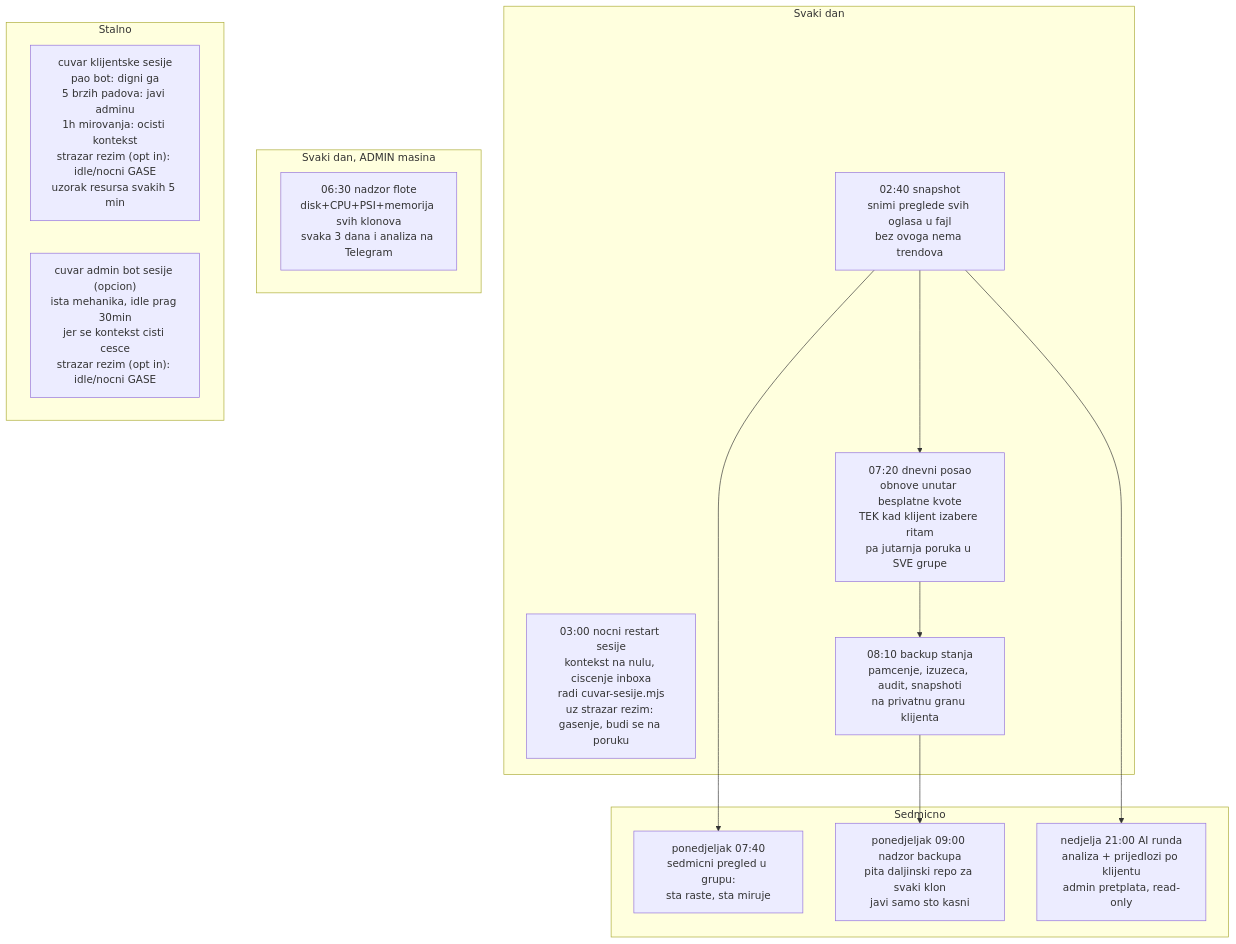
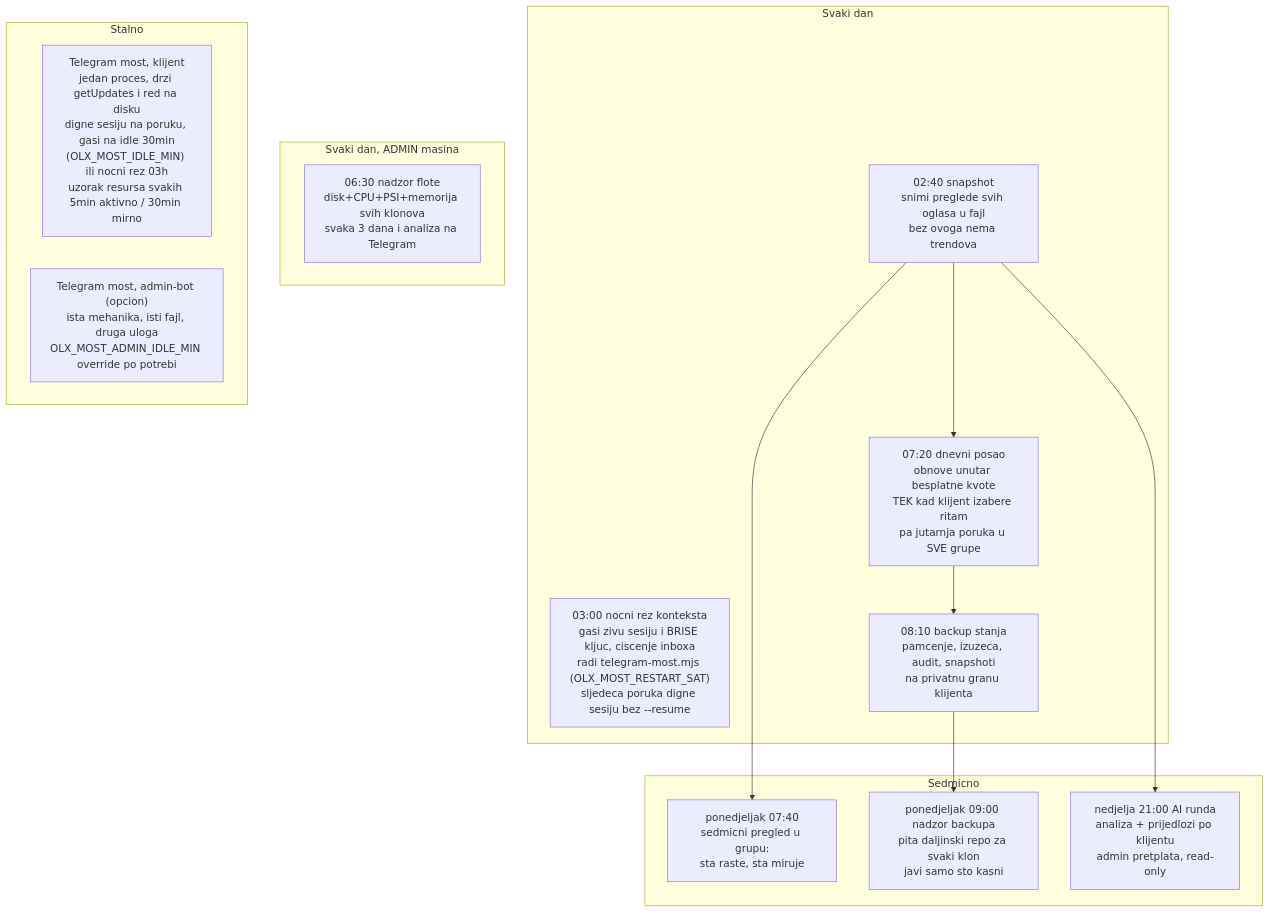
One commit to mob-dev-org/olx-mcp-api changed the third of 8 diagrams in olx-dokumentacija/arhitektura.md. Above: the diagram before and after it, drawn with Mermaid. The commit also changed other lines of this file and 34 other files, not shown here.

First line of the commit message:
Penzionisan cuvar-sesije.mjs: most je jedini pogon

````diff
--- a/olx-dokumentacija/arhitektura.md
+++ b/olx-dokumentacija/arhitektura.md
@@ -101,27 +101,27 @@
 ```mermaid
 flowchart TB
     subgraph dan["Svaki dan"]
         s1["02:40 snapshot<br/>snimi preglede svih oglasa u fajl<br/>bez ovoga nema trendova"]
-        s2["03:00 nocni restart sesije<br/>kontekst na nulu, ciscenje inboxa<br/>radi cuvar-sesije.mjs<br/>uz strazar rezim: gasenje, budi se na poruku"]
+        s2["03:00 nocni rez konteksta<br/>gasi zivu sesiju i BRISE kljuc, ciscenje inboxa<br/>radi telegram-most.mjs (OLX_MOST_RESTART_SAT)<br/>sljedeca poruka digne sesiju bez --resume"]
         s3["07:20 dnevni posao<br/>obnove unutar besplatne kvote<br/>TEK kad klijent izabere ritam<br/>pa jutarnja poruka u SVE grupe"]
         s8["08:10 backup stanja<br/>pamcenje, izuzeca, audit, snapshoti<br/>na privatnu granu klijenta"]
     end
     subgraph danAdmin["Svaki dan, ADMIN masina"]
         s10["06:30 nadzor flote<br/>disk+CPU+PSI+memorija svih klonova<br/>svaka 3 dana i analiza na Telegram"]
     end
     subgraph sedmica["Sedmicno"]
         s4["ponedjeljak 07:40<br/>sedmicni pregled u grupu:<br/>sta raste, sta miruje"]
         s9["ponedjeljak 09:00 nadzor backupa<br/>pita daljinski repo za svaki klon<br/>javi samo sto kasni"]
         s5["nedjelja 21:00 AI runda<br/>analiza + prijedlozi po klijentu<br/>admin pretplata, read-only"]
     end
     subgraph stalno["Stalno"]
-        s6["cuvar klijentske sesije<br/>pao bot: digni ga<br/>5 brzih padova: javi adminu<br/>1h mirovanja: ocisti kontekst<br/>strazar rezim (opt in): idle/nocni GASE<br/>uzorak resursa svakih 5 min"]
-        s7["cuvar admin bot sesije (opcion)<br/>ista mehanika, idle prag 30min<br/>jer se kontekst cisti cesce<br/>strazar rezim (opt in): idle/nocni GASE"]
+        s6["Telegram most, klijent<br/>jedan proces, drzi getUpdates i red na disku<br/>digne sesiju na poruku, gasi na idle 30min<br/>(OLX_MOST_IDLE_MIN) ili nocni rez 03h<br/>uzorak resursa svakih 5min aktivno / 30min mirno"]
+        s7["Telegram most, admin-bot (opcion)<br/>ista mehanika, isti fajl, druga uloga<br/>OLX_MOST_ADMIN_IDLE_MIN override po potrebi"]
     end
 
     s1 --> s3
     s3 --> s8
     s1 --> s4
     s1 --> s5
     s8 --> s9
 ```
````
